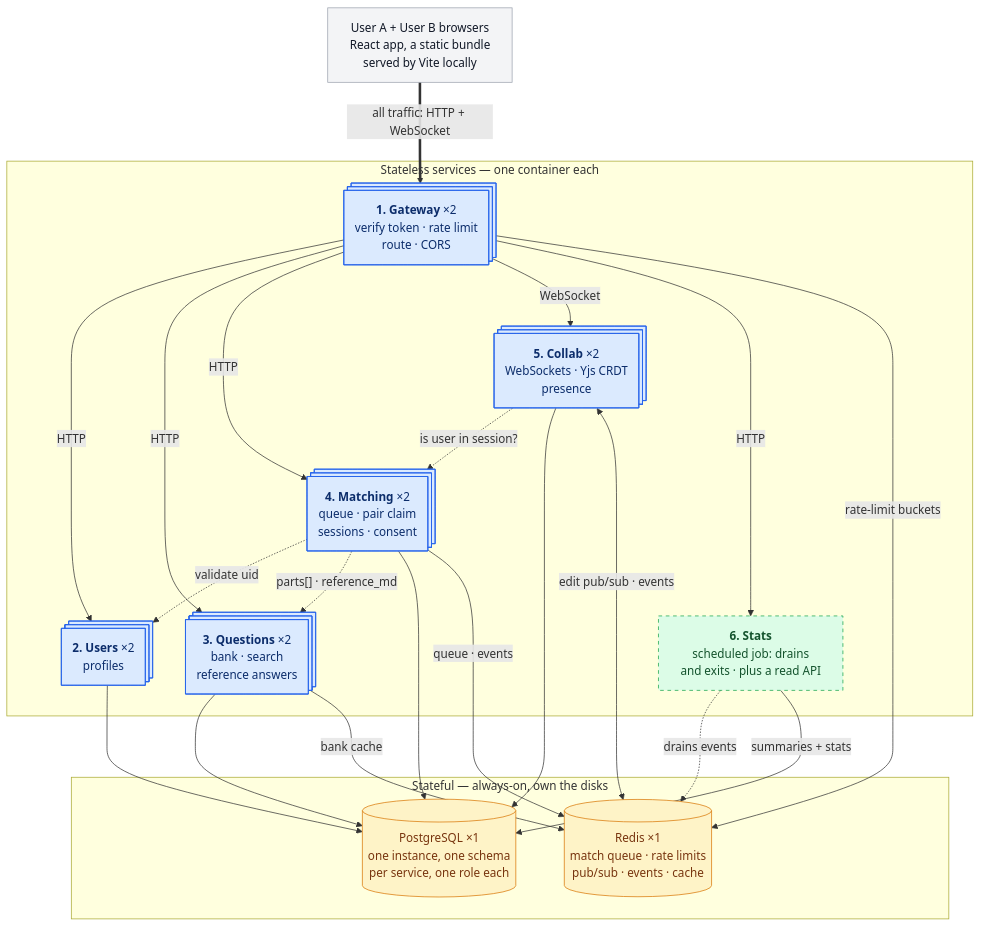
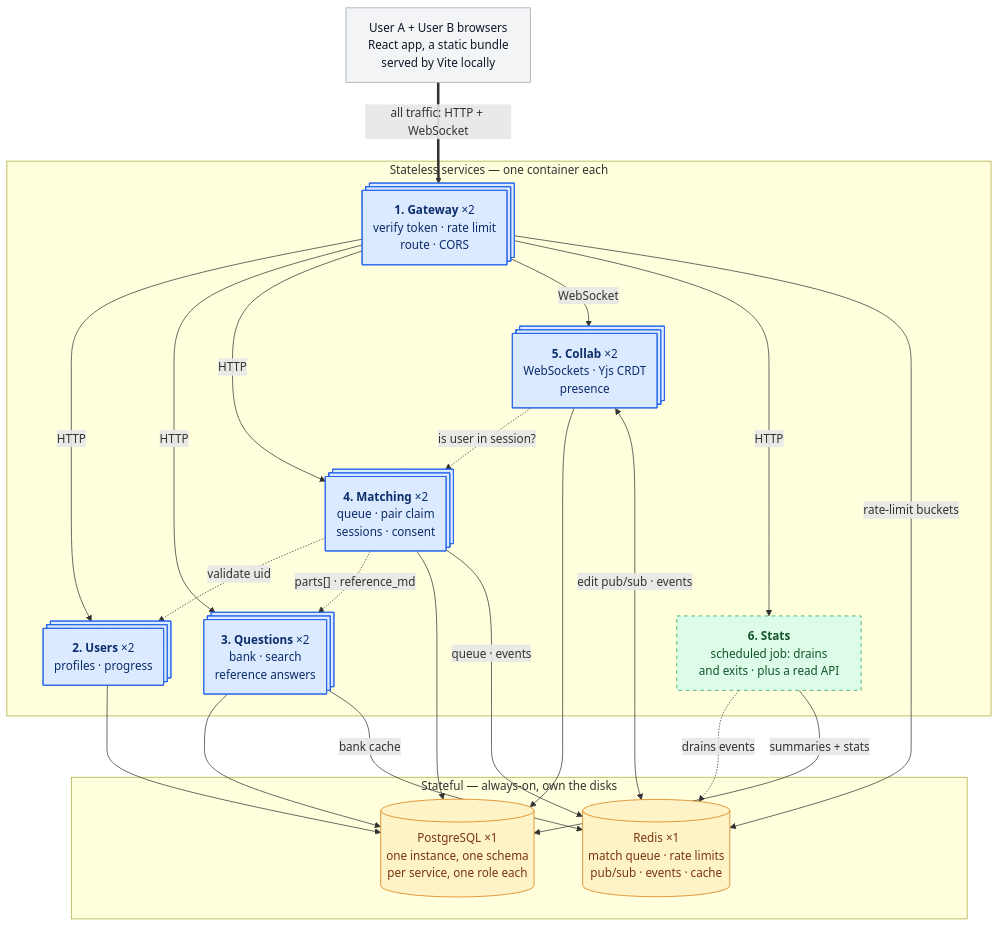
Before and after one commit to Wnayar/deepcs: the diagram in docs/system/00-overview.md, drawn with Mermaid. The commit also changed other lines of this file and 9 other files, not shown here.

````diff
--- a/docs/system/00-overview.md
+++ b/docs/system/00-overview.md
@@ -64,49 +64,49 @@
 ```mermaid
 %%{init: {"flowchart": {"nodeSpacing": 45, "rankSpacing": 60}}}%%
 flowchart TD
     U["User A + User B browsers<br/>React app, a static bundle<br/>served by Vite locally"]
 
     U ==>|"all traffic: HTTP + WebSocket"| GW
 
     subgraph RUN["Stateless services — one container each"]
         GW@{ shape: procs, label: "<b>1. Gateway</b> ×2<br/>verify token · rate limit<br/>route · CORS" }
-        USR@{ shape: procs, label: "<b>2. Users</b> ×2<br/>profiles" }
+        USR@{ shape: procs, label: "<b>2. Users</b> ×2<br/>profiles · progress" }
         QST@{ shape: procs, label: "<b>3. Questions</b> ×2<br/>bank · search<br/>reference answers" }
         MCH@{ shape: procs, label: "<b>4. Matching</b> ×2<br/>queue · pair claim<br/>sessions · consent" }
         COL@{ shape: procs, label: "<b>5. Collab</b> ×2<br/>WebSockets · Yjs CRDT<br/>presence" }
         STA["<b>6. Stats</b><br/>scheduled job: drains<br/>and exits · plus a read API"]
     end
 
     subgraph DATA["Stateful — always-on, own the disks"]
         PG[("PostgreSQL ×1<br/>one instance, one schema<br/>per service, one role each")]
         RD[("Redis ×1<br/>match queue · rate limits<br/>pub/sub · events · cache")]
     end
 
     GW -->|HTTP| USR
     GW -->|HTTP| QST
     GW -->|HTTP| MCH
     GW -->|WebSocket| COL
     GW -->|HTTP| STA
     GW -->|"rate-limit buckets"| RD
     MCH -.->|"validate uid"| USR
     MCH -.->|"parts[] · reference_md"| QST
     COL -.->|"is user in session?"| MCH
     USR --> PG
     QST --> PG
     MCH --> PG
     COL --> PG
     QST -->|"bank cache"| RD
     MCH -->|"queue · events"| RD
     COL <-->|"edit pub/sub · events"| RD
     STA -.->|"drains events"| RD
     STA -->|"summaries + stats"| PG
 
     classDef client fill:#f3f4f6,stroke:#9ca3af,color:#111827
     classDef ephemeral fill:#dbeafe,stroke:#2563eb,color:#0c2d6b
     classDef scheduled fill:#dcfce7,stroke:#16a34a,color:#14532d,stroke-dasharray: 5 5
     classDef stateful fill:#fef3c7,stroke:#d97706,color:#78350f
     class U client
     class GW,USR,QST,MCH,COL ephemeral
     class STA scheduled
     class PG,RD stateful
 ```
````
